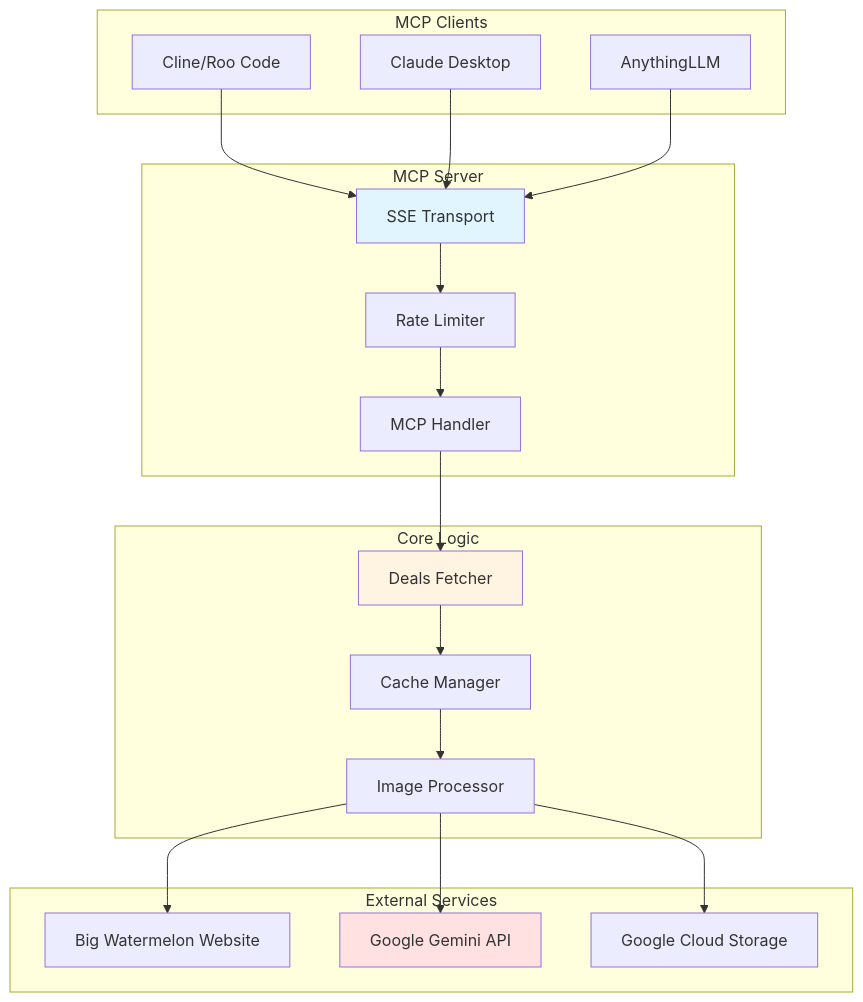
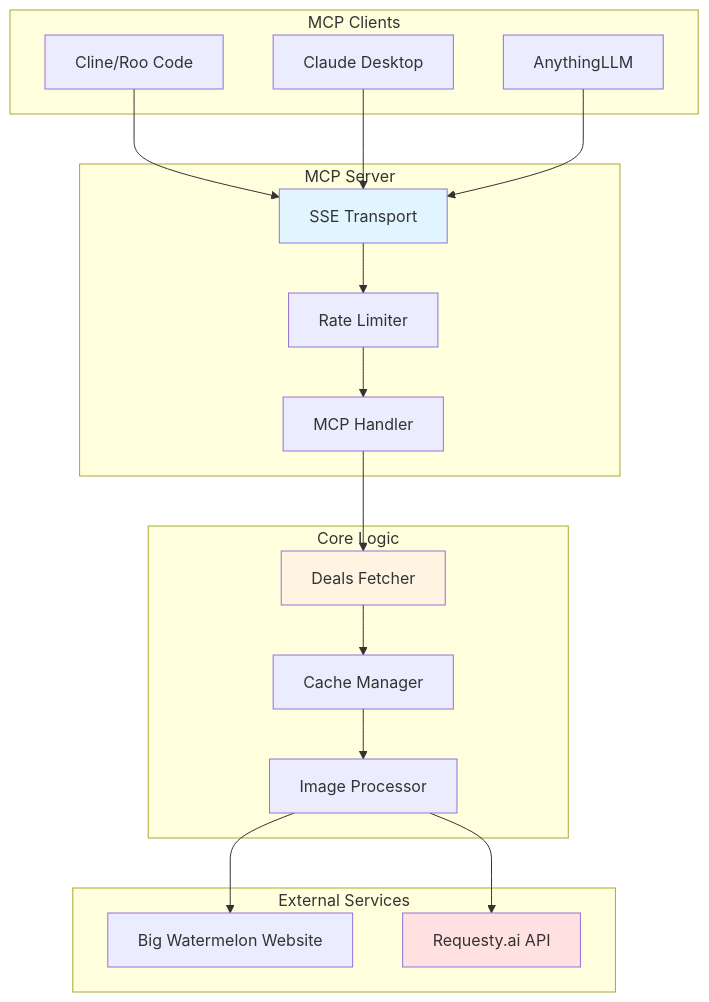
Before and after one commit to hebra/daily-deals-mcp-server: the diagram in README.md, drawn with Mermaid. The commit also changed other lines of this file and 2 other files, not shown here.

First line of the commit message:
docs: update documentation to reflect Requesty.ai migration

````diff
--- a/README.md
+++ b/README.md
@@ -17,42 +17,40 @@
 ```mermaid
 graph TB
     subgraph "MCP Clients"
         A[Cline/Roo Code]
         B[Claude Desktop]
         C[AnythingLLM]
     end
     
     subgraph "MCP Server"
         D[SSE Transport]
         E[Rate Limiter]
         F[MCP Handler]
     end
     
     subgraph "Core Logic"
         G[Deals Fetcher]
         H[Cache Manager]
         I[Image Processor]
     end
     
     subgraph "External Services"
         J[Big Watermelon Website]
-        K[Google Gemini API]
-        L[Google Cloud Storage]
+        K[Requesty.ai API]
     end
     
     A --> D
     B --> D
     C --> D
     D --> E
     E --> F
     F --> G
     G --> H
     H --> I
     I --> J
     I --> K
-    I --> L
     
     style D fill:#e1f5ff
     style G fill:#fff4e1
     style K fill:#ffe1e1
 ```
````
